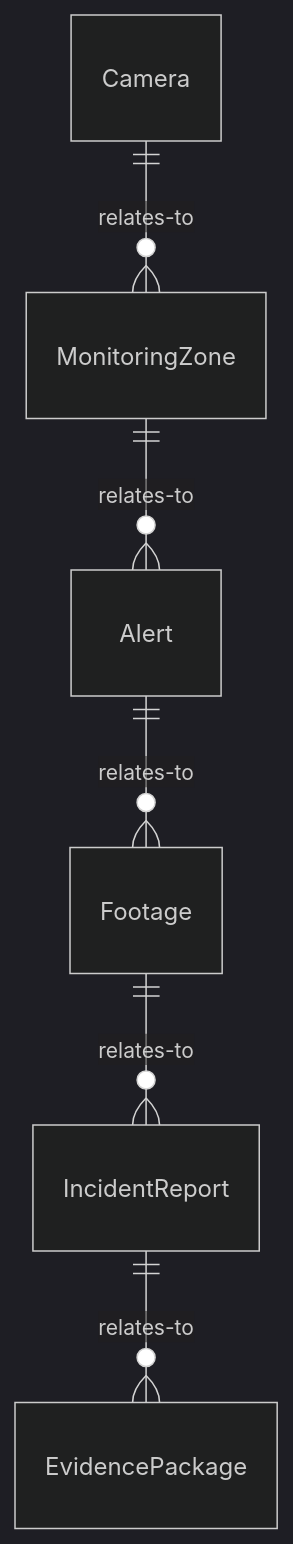
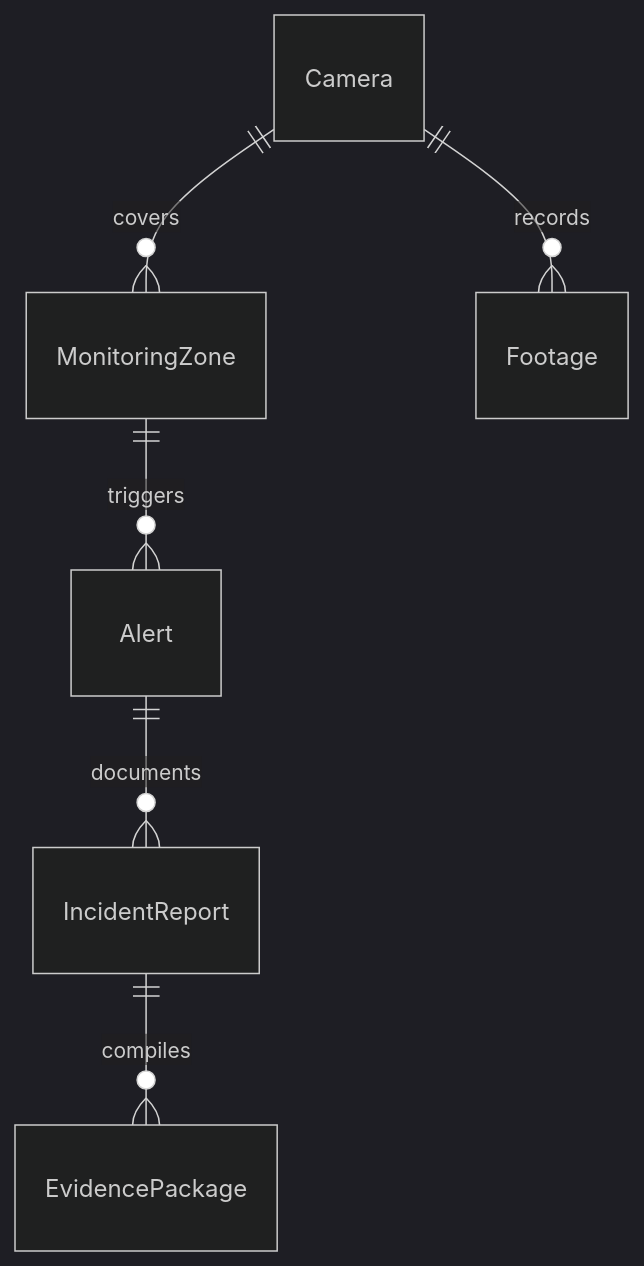
One commit to dot-org-ai/tasks.org.ai changed the first of 4 diagrams in ControllingMachinesAndProcesses/OperateAudiovisualOrRelatedEquipment/OperateSurveillanceEquipmentDetectSuspicious.mdx. Above: the diagram before and after it, drawn with Mermaid (dark theme). The commit also changed other lines of this file and 515 other files, not shown here.

````diff
--- a/ControllingMachinesAndProcesses/OperateAudiovisualOrRelatedEquipment/OperateSurveillanceEquipmentDetectSuspicious.mdx
+++ b/ControllingMachinesAndProcesses/OperateAudiovisualOrRelatedEquipment/OperateSurveillanceEquipmentDetectSuspicious.mdx
@@ -87,8 +87,8 @@
 ```mermaid
 erDiagram
-    Camera ||--o{ MonitoringZone : relates-to
-    MonitoringZone ||--o{ Alert : relates-to
-    Alert ||--o{ Footage : relates-to
-    Footage ||--o{ IncidentReport : relates-to
-    IncidentReport ||--o{ EvidencePackage : relates-to
+    Camera ||--o{ MonitoringZone : covers
+    MonitoringZone ||--o{ Alert : triggers
+    Camera ||--o{ Footage : records
+    Alert ||--o{ IncidentReport : documents
+    IncidentReport ||--o{ EvidencePackage : compiles
 ```
````
